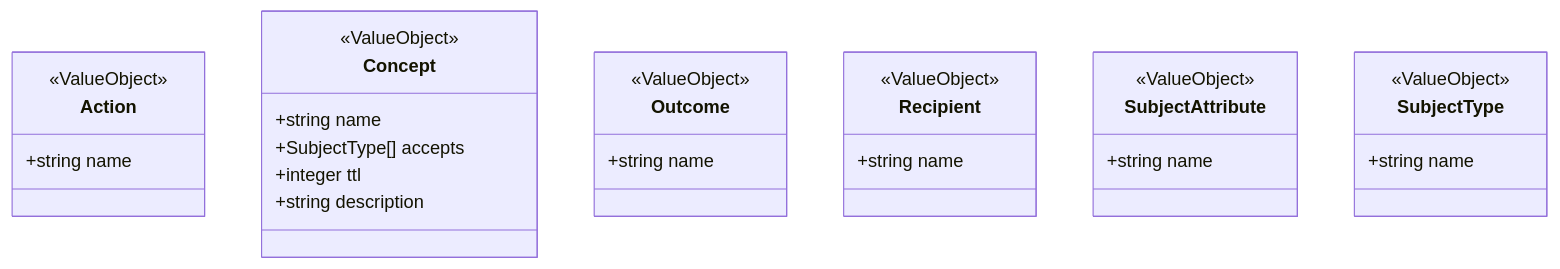
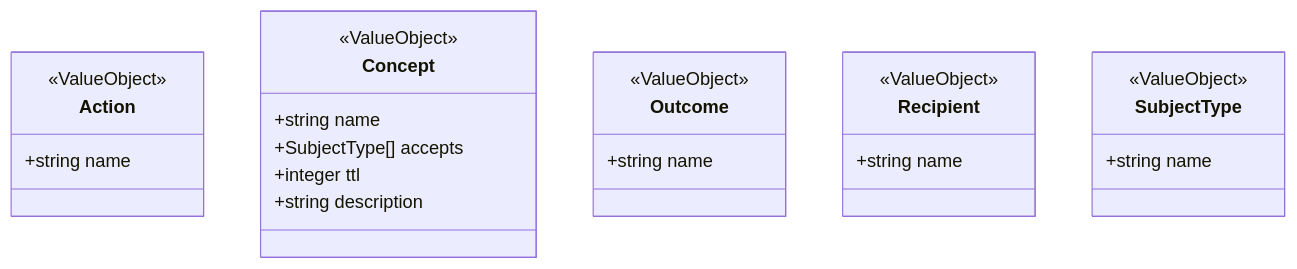
The diagram in knowledge/projections/class-diagram-glossary.mmd (zig999/servicedesk), drawn with Mermaid before and after one commit. The commit also changed 20 other files, not shown here.

First line of the commit message:
analyse: eliminate the glossary vocabulary subject-attribute in favour of the capability input_schema

```diff
--- a/knowledge/projections/class-diagram-glossary.mmd
+++ b/knowledge/projections/class-diagram-glossary.mmd
@@ -1,28 +1,24 @@
 classDiagram
     class Action {
         <<ValueObject>>
         +string name
     }
     class Concept {
         <<ValueObject>>
         +string name
         +SubjectType[] accepts
         +integer ttl
         +string description
     }
     class Outcome {
         <<ValueObject>>
         +string name
     }
     class Recipient {
         <<ValueObject>>
         +string name
     }
-    class SubjectAttribute {
-        <<ValueObject>>
-        +string name
-    }
     class SubjectType {
         <<ValueObject>>
         +string name
     }
```
